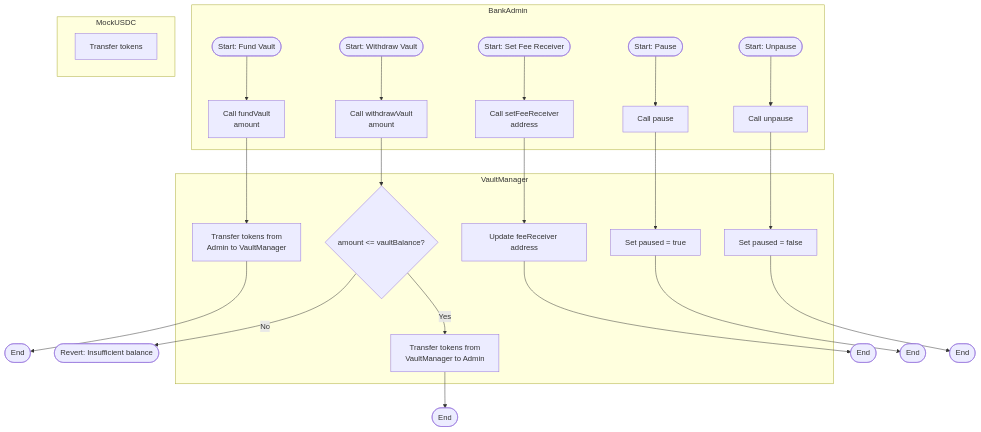
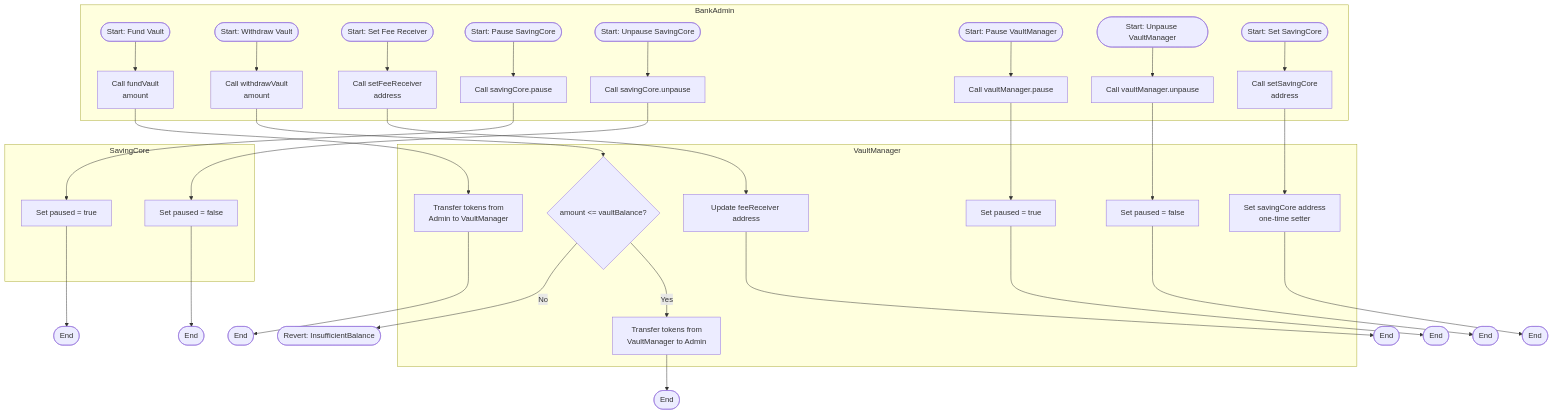
The seventh of 10 diagrams in docs/diagrams/activity-diagram.md (yang-sin-pal/AC_BlockChain_Online_Saving), drawn with Mermaid before and after one commit. The commit also changed other lines of this file and 2 other files, not shown here.

First line of the commit message:
Enhance sequence and use case diagrams for Online Saving System

````diff
--- a/docs/diagrams/activity-diagram.md
+++ b/docs/diagrams/activity-diagram.md
@@ -252,40 +286,54 @@
 ```mermaid
 flowchart TD
     subgraph BankAdmin
         G1([Start: Fund Vault]) --> G2[Call fundVault\namount]
         G3([Start: Withdraw Vault]) --> G4[Call withdrawVault\namount]
         G5([Start: Set Fee Receiver]) --> G6[Call setFeeReceiver\naddress]
-        G7([Start: Pause]) --> G8[Call pause]
-        G9([Start: Unpause]) --> G10[Call unpause]
+        G7([Start: Pause SavingCore]) --> G8[Call savingCore.pause]
+        G9([Start: Unpause SavingCore]) --> G10[Call savingCore.unpause]
+        G11([Start: Pause VaultManager]) --> G12[Call vaultManager.pause]
+        G13([Start: Unpause VaultManager]) --> G14[Call vaultManager.unpause]
+        G15([Start: Set SavingCore]) --> G16[Call setSavingCore\naddress]
     end
 
     subgraph VaultManager
-        G11[Transfer tokens from\nAdmin to VaultManager]
-        G12{amount <= vaultBalance?}
-        G13[Transfer tokens from\nVaultManager to Admin]
-        G14[Update feeReceiver address]
-        G15[Set paused = true]
-        G16[Set paused = false]
+        G17[Transfer tokens from\nAdmin to VaultManager]
+        G18{amount <= vaultBalance?}
+        G19[Transfer tokens from\nVaultManager to Admin]
+        G20[Update feeReceiver address]
+        G21[Set paused = true]
+        G22[Set paused = false]
+        G23[Set savingCore address\none-time setter]
     end
 
-    subgraph MockUSDC
-        G17[Transfer tokens]
+    subgraph SavingCore
+        G24[Set paused = true]
+        G25[Set paused = false]
     end
 
-    G2 --> G11
-    G11 --> G18([End])
+    G2 --> G17
+    G17 --> G26([End])
 
-    G4 --> G12
-    G12 -- No --> GR1([Revert: Insufficient balance])
-    G12 -- Yes --> G13
-    G13 --> G19([End])
+    G4 --> G18
+    G18 -- No --> GR1([Revert: InsufficientBalance])
+    G18 -- Yes --> G19
+    G19 --> G27([End])
 
-    G6 --> G14
-    G14 --> G20([End])
+    G6 --> G20
+    G20 --> G28([End])
 
-    G8 --> G15
-    G15 --> G21([End])
+    G8 --> G24
+    G24 --> G29([End])
 
-    G10 --> G16
-    G16 --> G22([End])
+    G10 --> G25
+    G25 --> G30([End])
+
+    G12 --> G21
+    G21 --> G31([End])
+
+    G14 --> G22
+    G22 --> G32([End])
+
+    G16 --> G23
+    G23 --> G33([End])
 ```
````
